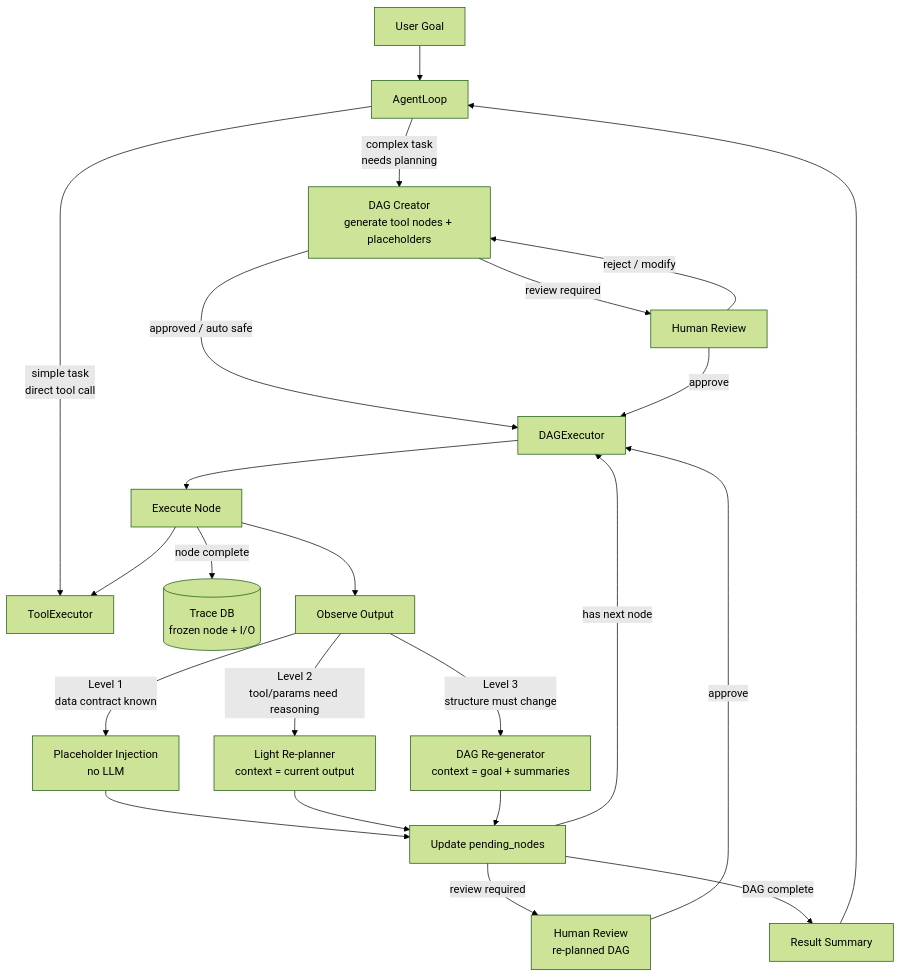
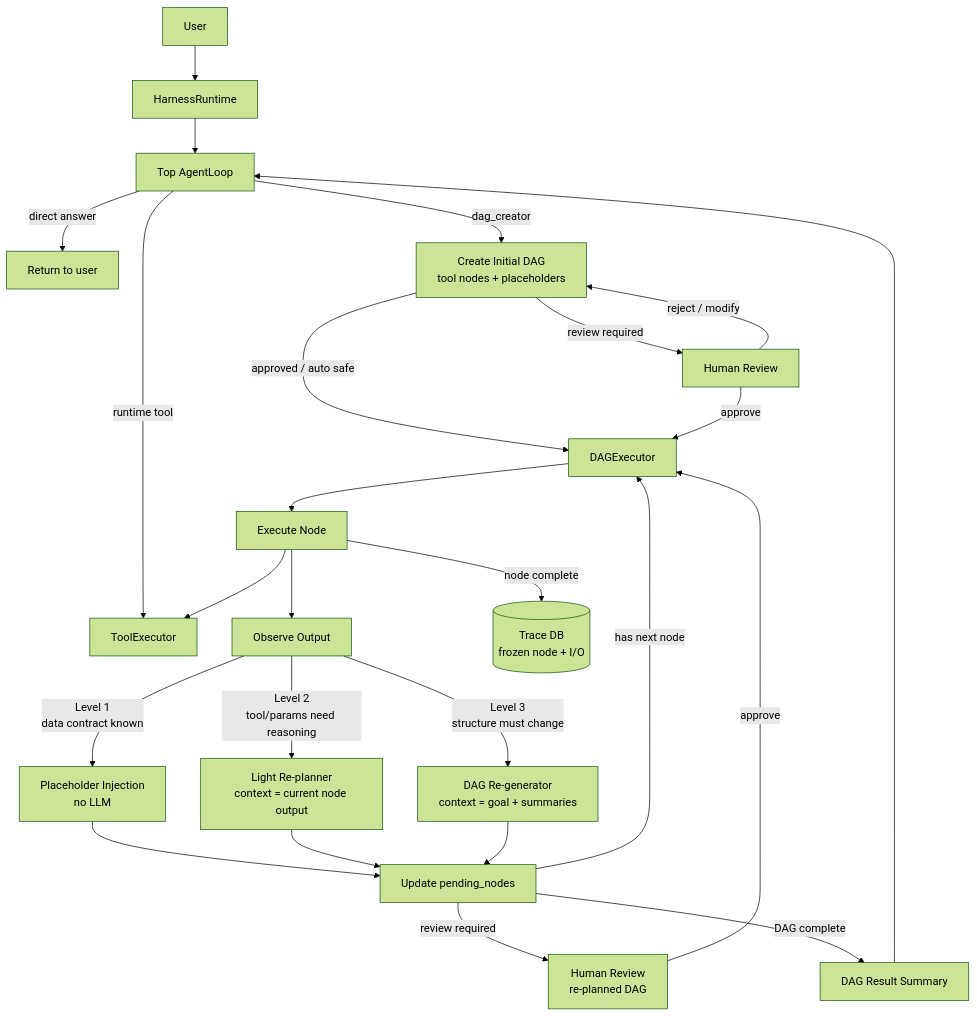
The diagram in README.md (RobotSe7en/dagent), drawn with Mermaid (forest theme) before and after one commit.

Commit message:
Update flowchart in README for clarity

````diff
--- a/README.md
+++ b/README.md
@@ -52,31 +52,34 @@
 ```mermaid
 flowchart TD
-  U["User Goal"] --> A["AgentLoop"]
+  U["User"] --> R["HarnessRuntime"]
+  R --> A["Top AgentLoop"]
 
-  A -->|"simple task\ndirect tool call"| T["ToolExecutor"]
-  A -->|"complex task\nneeds planning"| D["DAG Creator\ngenerate tool nodes + placeholders"]
+  A -->|"direct answer"| O["Return to user"]
+  A -->|"runtime tool"| T["ToolExecutor"]
+  A -->|"dag_creator"| D["Create Initial DAG\ntool nodes + placeholders"]
 
   D -->|"review required"| UI["Human Review"]
   D -->|"approved / auto safe"| E["DAGExecutor"]
   UI -->|"approve"| E
   UI -->|"reject / modify"| D
 
   E --> N["Execute Node"]
   N --> T
+  N --> OBS["Observe Output"]
   N -->|"node complete"| TR[("Trace DB\nfrozen node + I/O")]
-  N --> OBS["Observe Output"]
 
   OBS -->|"Level 1\ndata contract known"| INJ["Placeholder Injection\nno LLM"]
-  OBS -->|"Level 2\ntool/params need reasoning"| RP["Light Re-planner\ncontext = current output"]
+  OBS -->|"Level 2\ntool/params need reasoning"| RP["Light Re-planner\ncontext = current node output"]
   OBS -->|"Level 3\nstructure must change"| RG["DAG Re-generator\ncontext = goal + summaries"]
 
   INJ --> NXT["Update pending_nodes"]
   RP --> NXT
   RG --> NXT
 
+  NXT -->|"has next node"| E
   NXT -->|"review required"| UI2["Human Review\nre-planned DAG"]
   UI2 -->|"approve"| E
-  NXT -->|"has next node"| E
-  NXT -->|"DAG complete"| DR["Result Summary"]
+
+  NXT -->|"DAG complete"| DR["DAG Result Summary"]
   DR --> A
 ```
````
